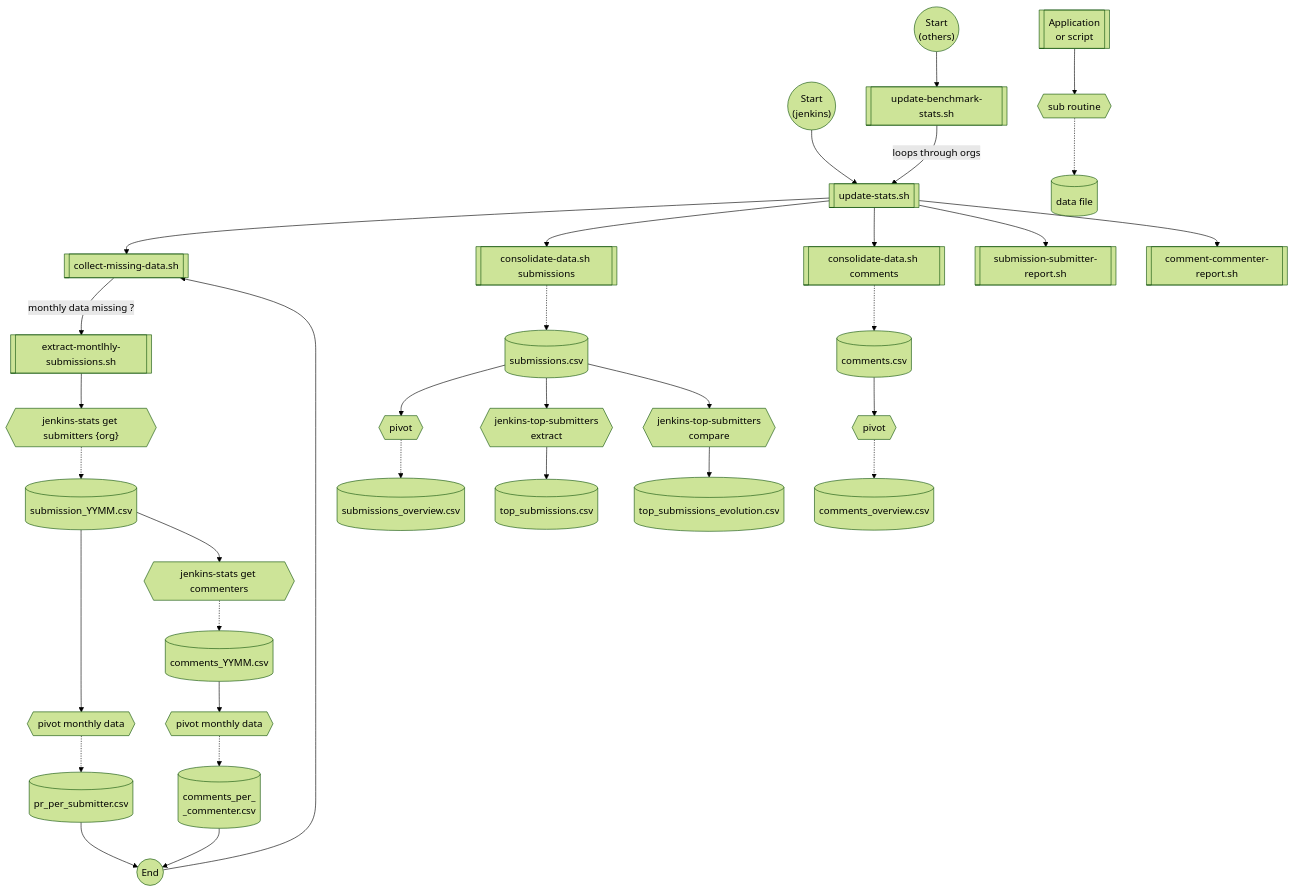
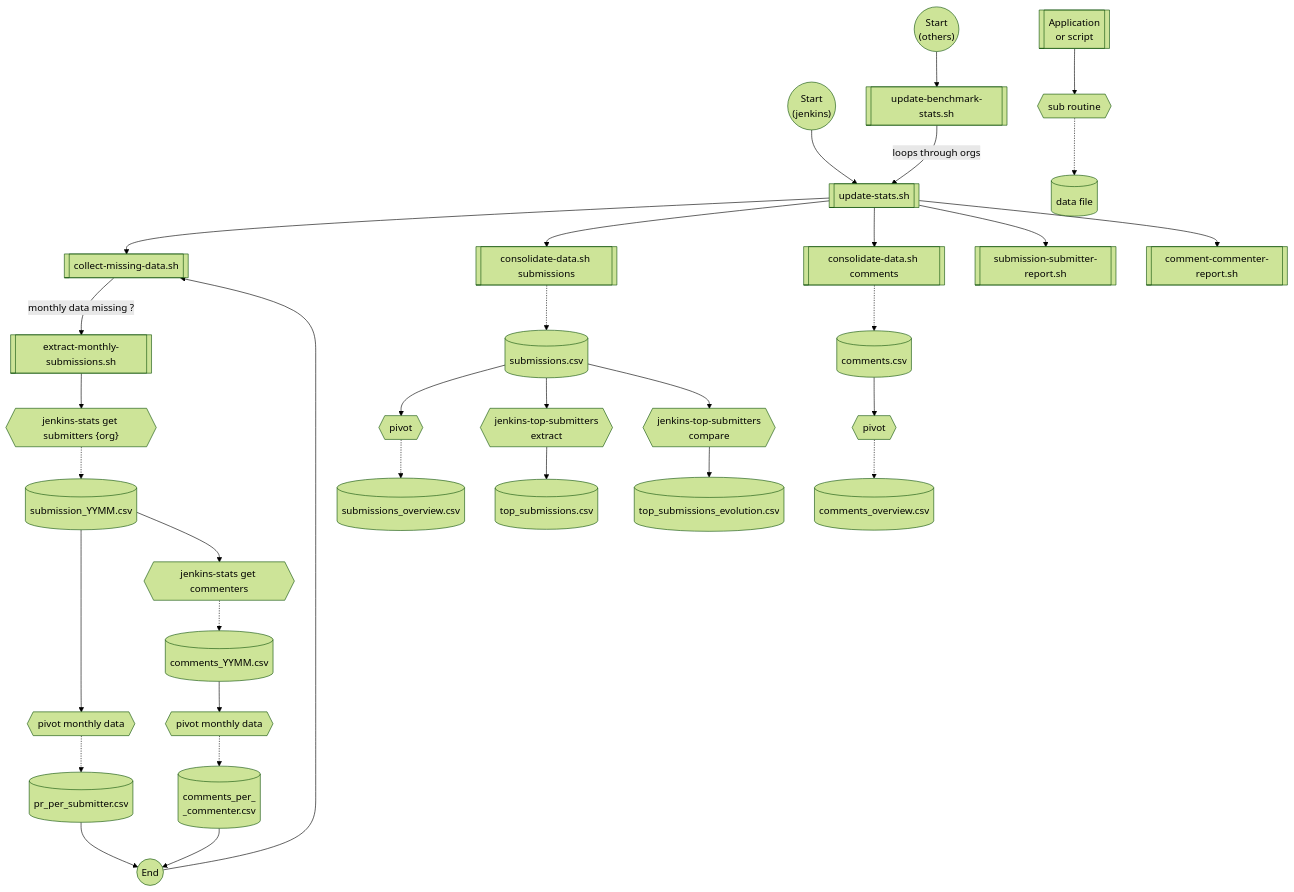
The diagram in README.md (jenkins-infra/jenkins-contribution-stats), drawn with Mermaid (forest theme) before and after one commit. The commit also changed 4 other files, not shown here.

````diff
--- a/README.md
+++ b/README.md
@@ -66,67 +66,67 @@
 ```mermaid
 flowchart TD
 	start1(("`Start
 	(others)
 	 `"))
 
     start2(("`Start
     (jenkins)
      `"))
 
     extract_end((End))
 
     %% Processes
 
 	A[[update-benchmark-stats.sh]]
 	B[[update-stats.sh]]
     C[[collect-missing-data.sh]]
     D[[consolidate-data.sh submissions]]
     E[[consolidate-data.sh comments]]
     F[[submission-submitter-report.sh]]
     G[[comment-commenter-report.sh]]
-    extracData[[extract-montlhly-submissions.sh]]
+    extracData[[extract-monthly-submissions.sh]]
     get_submitters{{"jenkins-stats get submitters {org}"}}
     get_commenters{{"jenkins-stats get commenters"}}
     top_extract{{jenkins-top-submitters </br> extract}}
     top_compare{{jenkins-top-submitters </br>compare}}
 
     %% data files
     submission_month[(submission_YYMM.csv)]
     monththlyPivot_submit[(pr_per_submitter.csv)]
     comments_month[(comments_YYMM.csv)]
     monththlyPivot_comment[(comments_per_</br>_commenter.csv)]
     global_submissions[(submissions.csv)]
     global_submissionsOverview[(submissions_overview.csv)]
     top_submission[(top_submissions.csv)]
     top_submission_evol[(top_submissions_evolution.csv)]
 
     global_comments[(comments.csv)]
     global_commentsOverview[(comments_overview.csv)]
 
     %% legend
     legend_app[[Application </br>or script]]
     legend_sub{{sub routine}}
     legend_data[(data file)]
     legend_app --> legend_sub -.-> legend_data
 
     %% pivot processes
     monthlypivot_subm{{pivot monthly data}}
     monthlypivot_comment{{pivot monthly data}}
     subm_overview_pivot{{pivot}}
     comment_overview_pivot{{pivot}}
 
     
     %% flow
 	start1 --> A -- loops through orgs --> B
 	start2 --> B
     B --> C -- monthly data missing ? --> extracData  --> get_submitters
     get_submitters -.-> submission_month --> monthlypivot_subm -.-> monththlyPivot_submit --> extract_end --> C
     submission_month --> get_commenters -.-> comments_month --> monthlypivot_comment -.-> monththlyPivot_comment --> extract_end
     B --> D -.-> global_submissions
     global_submissions --> subm_overview_pivot -.-> global_submissionsOverview
     global_submissions --> top_extract --> top_submission
     global_submissions --> top_compare --> top_submission_evol
     B --> E -.-> global_comments --> comment_overview_pivot -.-> global_commentsOverview
     B --> F 
     B --> G
 ```
````
